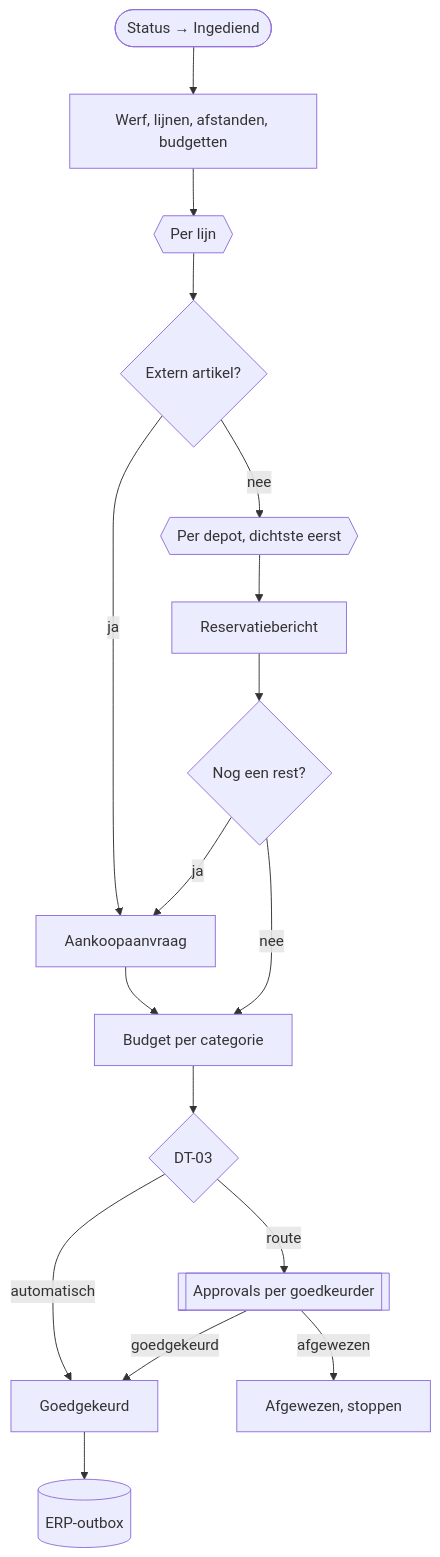
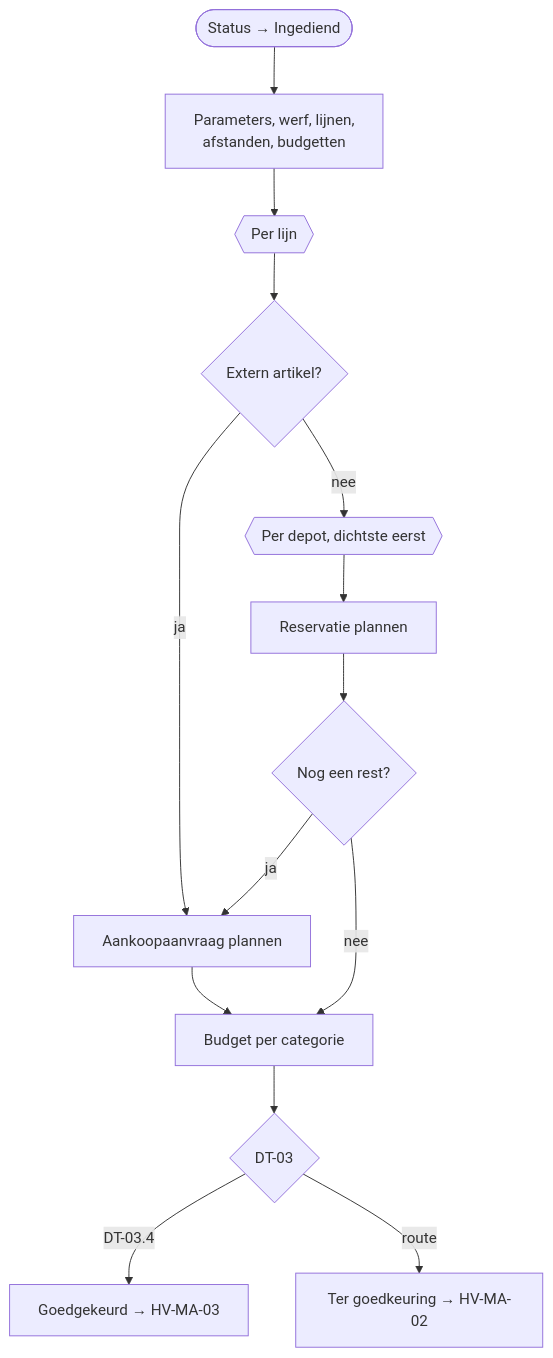
The diagram in power-platform/flows/HV-MA-01.md (phlppgdfry/construction-digital-transformation), drawn with Mermaid before and after one commit. The commit also changed other lines of this file and 109 other files, not shown here.

````diff
--- a/power-platform/flows/HV-MA-01.md
+++ b/power-platform/flows/HV-MA-01.md
@@ -47,17 +47,14 @@
 ```mermaid
 flowchart TD
-  T([Status → Ingediend]) --> G[Werf, lijnen, afstanden, budgetten]
+  T([Status → Ingediend]) --> G[Parameters, werf, lijnen,<br/>afstanden, budgetten]
   G --> L{{Per lijn}}
   L --> X{Extern artikel?}
-  X -->|ja| PR[Aankoopaanvraag]
-  X -->|nee| D{{Per depot, dichtste eerst}} --> R[Reservatiebericht] --> T2{Nog een rest?}
+  X -->|ja| PR[Aankoopaanvraag plannen]
+  X -->|nee| D{{Per depot, dichtste eerst}} --> R[Reservatie plannen] --> T2{Nog een rest?}
   T2 -->|ja| PR
   PR --> B
   T2 -->|nee| B[Budget per categorie]
   B --> DT{DT-03}
-  DT -->|automatisch| OK[Goedgekeurd]
-  DT -->|route| AP[[Approvals per goedkeurder]]
-  AP -->|afgewezen| AF[Afgewezen, stoppen]
-  AP -->|goedgekeurd| OK
-  OK --> OB[(ERP-outbox)]
+  DT -->|DT-03.4| OK[Goedgekeurd → HV-MA-03]
+  DT -->|route| TG[Ter goedkeuring → HV-MA-02]
 ```
````
